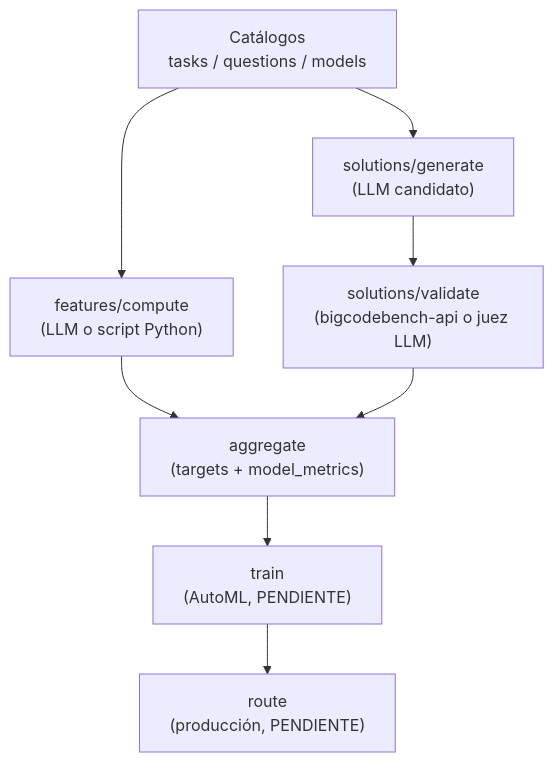
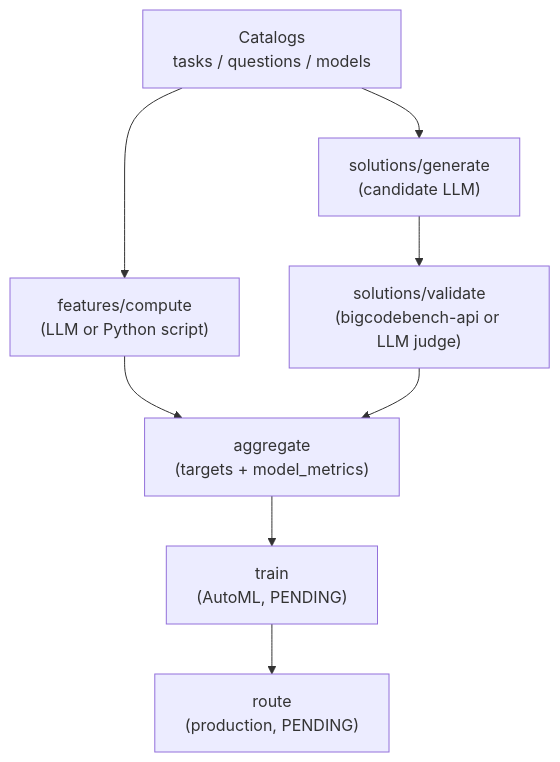
The second of 2 diagrams in README.md (Timia-Group/routerkit), drawn with Mermaid before and after one commit. The commit also changed other lines of this file and 51 other files, not shown here.

````diff
--- a/README.md
+++ b/README.md
@@ -70,10 +87,10 @@
 ```mermaid
 flowchart TD
-    A["Catálogos<br/>tasks / questions / models"] --> B["features/compute<br/>(LLM o script Python)"]
-    A --> C["solutions/generate<br/>(LLM candidato)"]
-    C --> D["solutions/validate<br/>(bigcodebench-api o juez LLM)"]
+    A["Catalogs<br/>tasks / questions / models"] --> B["features/compute<br/>(LLM or Python script)"]
+    A --> C["solutions/generate<br/>(candidate LLM)"]
+    C --> D["solutions/validate<br/>(bigcodebench-api or LLM judge)"]
     B --> E["aggregate<br/>(targets + model_metrics)"]
     D --> E
-    E --> F["train<br/>(AutoML, PENDIENTE)"]
-    F --> G["route<br/>(producción, PENDIENTE)"]
+    E --> F["train<br/>(AutoML, PENDING)"]
+    F --> G["route<br/>(production, PENDING)"]
 ```
````
